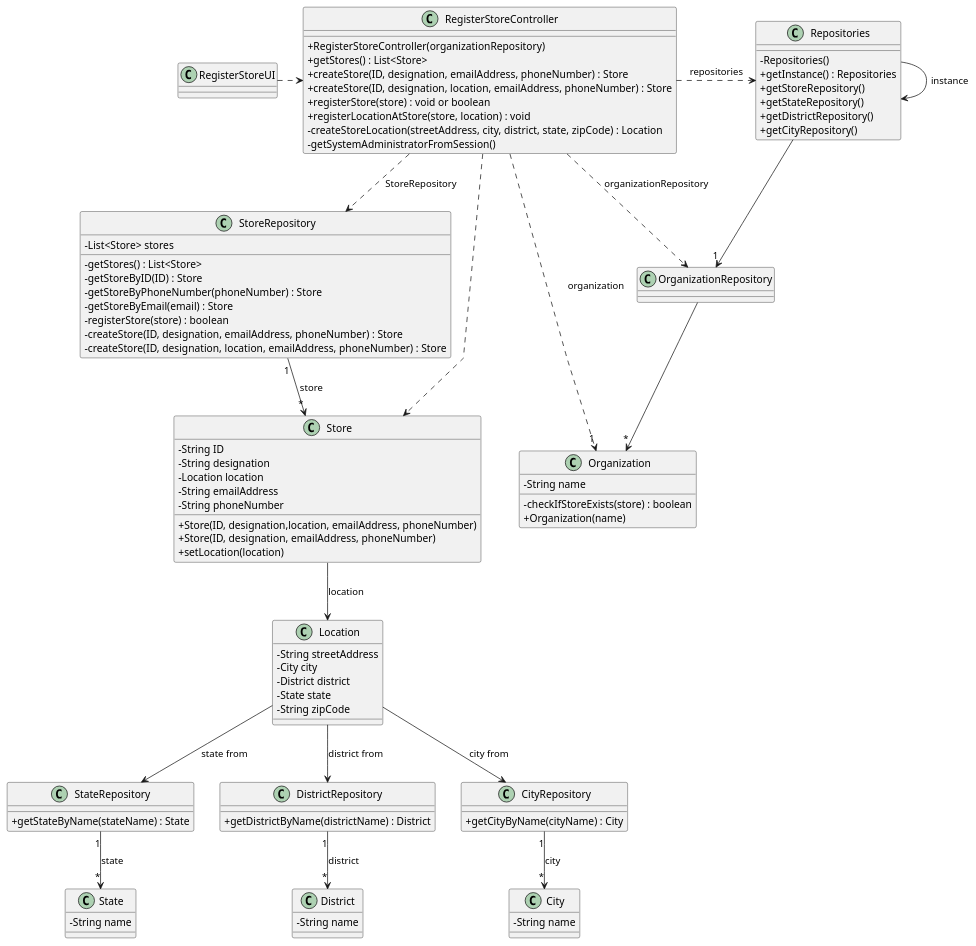
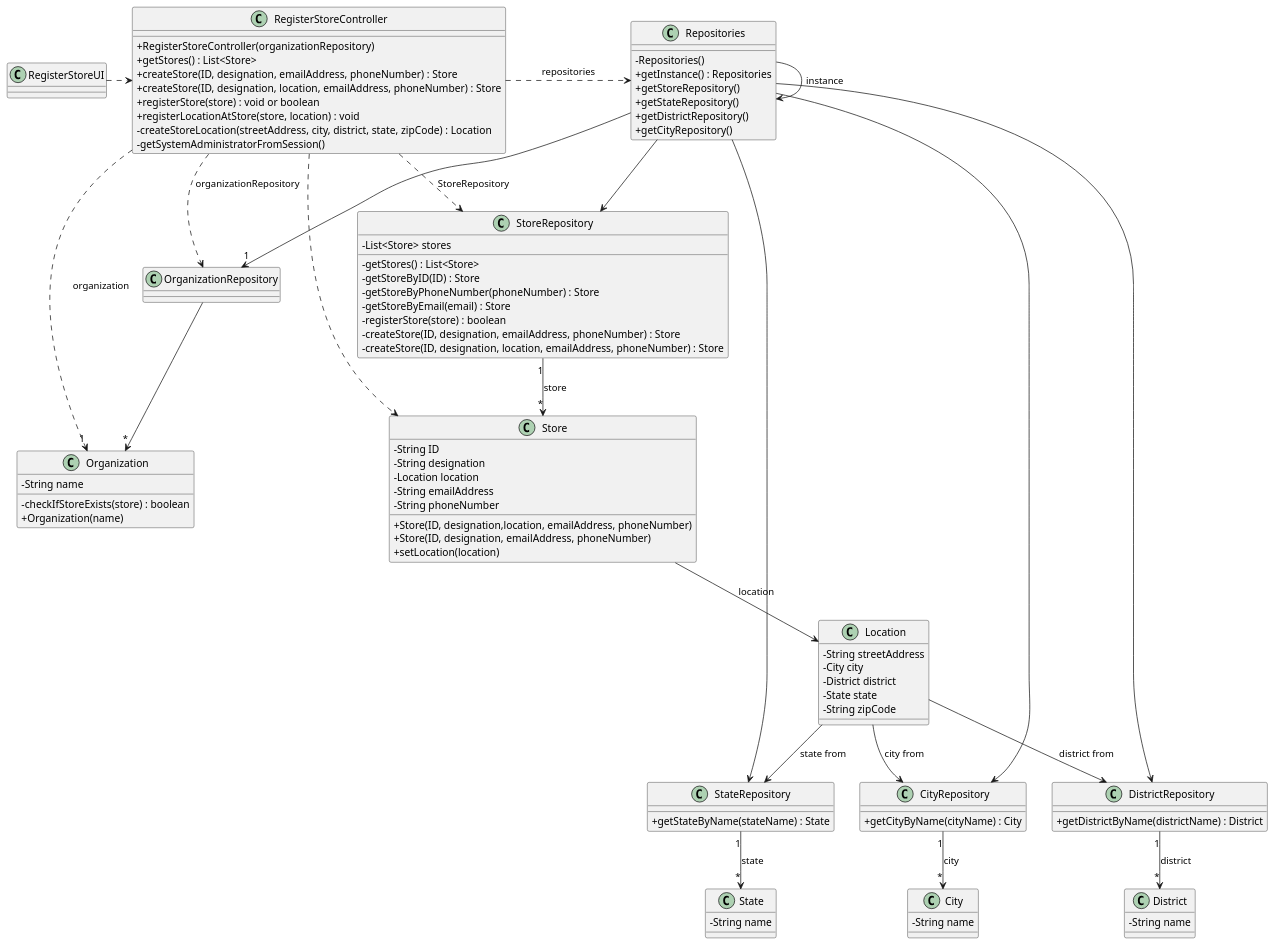
The diagram in docs/sprintC/us005/03.design/puml/us005-class-diagram.puml (1220812/LAPR2), drawn with PlantUML before and after one commit. The commit also changed 1 other file, not shown here.

Commit message:
Corrected class diagram and sequence diagram full from us005.

```diff
--- a/docs/sprintC/us005/03.design/puml/us005-class-diagram.puml
+++ b/docs/sprintC/us005/03.design/puml/us005-class-diagram.puml
@@ -1,125 +1,128 @@
 @startuml
 'skinparam monochrome true
 skinparam packageStyle rectangle
 skinparam shadowing false
-skinparam linetype polyline
+skinparam linetype orto
 'skinparam linetype orto
 
 skinparam classAttributeIconSize 0
 
 'left to right direction
 
 class Location {
     -String streetAddress
     -City city
     -District district
     -State state
     -String zipCode
 }
 
 class City{
     -String name
 }
 
 class District{
     -String name
 }
 
 class State{
     -String name
 }
 
 class Store {
     - String ID
     - String designation
     - Location location
     - String emailAddress
     - String phoneNumber
 
     + Store(ID, designation,location, emailAddress, phoneNumber)
     + Store(ID, designation, emailAddress, phoneNumber)
     + setLocation(location)
 }
 
 class Organization {
     - String name
     - checkIfStoreExists(store) : boolean
     + Organization(name)
 '  +saveTask(task)
 }
 
 class StoreRepository {
     - List<Store> stores
     - getStores() : List<Store>
     - getStoreByID(ID) : Store
     - getStoreByPhoneNumber(phoneNumber) : Store
     - getStoreByEmail(email) : Store
     - registerStore(store) : boolean
     - createStore(ID, designation, emailAddress, phoneNumber) : Store
     - createStore(ID, designation, location, emailAddress, phoneNumber) : Store
 }
 
 class StateRepository{
     + getStateByName(stateName) : State
 }
 
 class DistrictRepository{
     + getDistrictByName(districtName) : District
 }
 
 class CityRepository {
     + getCityByName(cityName) : City
 }
 
 class Repositories {
     - Repositories()
     + getInstance() : Repositories
     + getStoreRepository()
     + getStateRepository()
     + getDistrictRepository()
     + getCityRepository()
 }
 
 class RegisterStoreController {
     + RegisterStoreController(organizationRepository)
     + getStores() : List<Store>
     + createStore(ID, designation, emailAddress, phoneNumber) : Store
     + createStore(ID, designation, location, emailAddress, phoneNumber) : Store
     + registerStore(store) : void or boolean
     + registerLocationAtStore(store, location) : void
     - createStoreLocation(streetAddress, city, district, state, zipCode) : Location
     - getSystemAdministratorFromSession()
 }
 
 class RegisterStoreUI {
 }
 
 Repositories -> Repositories : instance
 
 
 RegisterStoreUI .> RegisterStoreController
 
 RegisterStoreController .> Repositories : repositories
 
-
 RegisterStoreController ..> Store
 RegisterStoreController ..> OrganizationRepository : organizationRepository
 RegisterStoreController ..> StoreRepository : StoreRepository
 
 Repositories --> "1" OrganizationRepository
+Repositories --> StoreRepository
+Repositories --> StateRepository
+Repositories --> DistrictRepository
+Repositories --> CityRepository
 
 OrganizationRepository --> "*" Organization
 
 RegisterStoreController ..> "1" Organization : organization
 'Store "*" --> "1" TaskCategory : taskCategory
 StoreRepository "1" --> "*" Store : store
 StateRepository "1" --> "*" State : state
 DistrictRepository "1" --> "*" District : district
 CityRepository "1" --> "*" City : city
 
 Store --> Location : location
 Location --> StateRepository : state from
 Location --> DistrictRepository : district from
 Location --> CityRepository : city from
 
 @enduml
```
